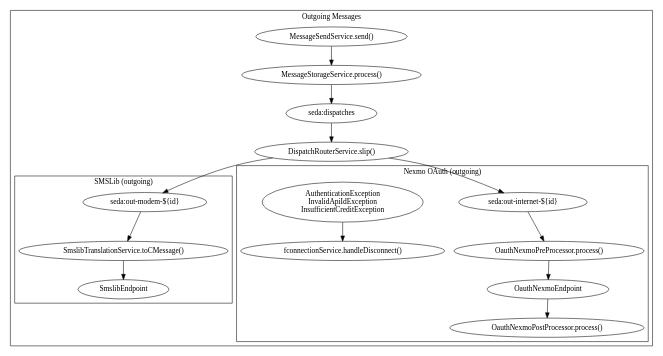
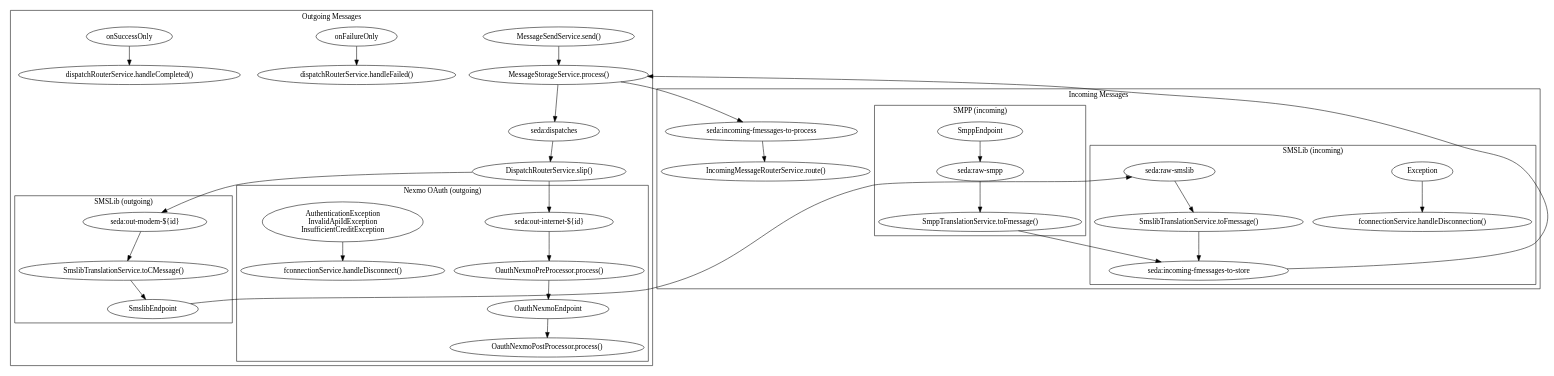
The diagram in plugins/frontlinesms-core/asdf/routes.dot (frontlinesms/frontlinesms2), drawn with Graphviz before and after one commit.

Commit message:
Added incoming routes.

```diff
--- a/plugins/frontlinesms-core/asdf/routes.dot
+++ b/plugins/frontlinesms-core/asdf/routes.dot
@@ -1,36 +1,71 @@
 digraph {
 	handle_disconnect[label="fconnectionService.handleDisconnect()"]
+	smslib_disconnect[label="fconnectionService.handleDisconnection()"]
+	smslib_endpoint[label="SmslibEndpoint"]
+	smpp_endpoint[label="SmppEndpoint"]
+	fmessage_storage[label="MessageStorageService.process()"]
 	subgraph cluster_outgoing {
 		label="Outgoing Messages"
 		a[label="MessageSendService.send()"]
-		b[label="MessageStorageService.process()"]
 		c[label="seda:dispatches"]
 		router[label="DispatchRouterService.slip()"]
 		modem_out[label="seda:out-modem-${id}"]
 		internet_out[label="seda:out-internet-${id}"]
-		subgraph cluster_smslib {
+		out_failuer[label="onFailureOnly"]
+		out_failure_handler[label="dispatchRouterService.handleFailed()"]
+		out_success[label="onSuccessOnly"]
+		out_success_handler[label="dispatchRouterService.handleCompleted()"]
+		subgraph cluster_smslib_out {
 			label="SMSLib (outgoing)"
 			modem_out
 			smslib_translate[label="SmslibTranslationService.toCMessage()"]
-			smslib_endpoint[label="SmslibEndpoint"]
 			modem_out -> smslib_translate
 			smslib_translate -> smslib_endpoint
 		}
-		subgraph cluster_nexmo_oauth {
+		subgraph cluster_nexmo_oauth_out {
 			label="Nexmo OAuth (outgoing)"
 			nexmo_oauth_pre[label="OauthNexmoPreProcessor.process()"]
 			nexmo_oauth_post[label="OauthNexmoPostProcessor.process()"]
 			nexmo_oauth_endpoint[label="OauthNexmoEndpoint"]
 			error_handler[label="AuthenticationException\nInvalidApiIdException\nInsufficientCreditException"]
 			internet_out -> nexmo_oauth_pre
 			nexmo_oauth_pre -> nexmo_oauth_endpoint
 			nexmo_oauth_endpoint -> nexmo_oauth_post
 			error_handler -> handle_disconnect
 		}
-		a -> b
-		b -> c
+		a -> fmessage_storage
+		fmessage_storage -> c
 		c -> router
 		router -> modem_out
 		router -> internet_out
+		out_failuer -> out_failure_handler
+		out_success -> out_success_handler
+	}
+	subgraph cluster_incoming {
+		label="Incoming Messages"
+		in_store_queue[label="seda:incoming-fmessages-to-store"]
+		in_process_queue[label="seda:incoming-fmessages-to-process"]
+		in_router[label="IncomingMessageRouterService.route()"]
+		subgraph cluster_smslib_in {
+			label="SMSLib (incoming)"
+			smslib_in[label="seda:raw-smslib"]
+			smslib_in_exception[label="Exception"]
+			smslib_in_translate[label="SmslibTranslationService.toFmessage()"]
+			smslib_in_exception -> smslib_disconnect
+			smslib_endpoint -> smslib_in
+			smslib_in -> smslib_in_translate
+			smslib_in_translate -> in_store_queue
+		}
+		subgraph cluster_smpp_in {
+			label="SMPP (incoming)"
+			smpp_in[label="seda:raw-smpp"]
+			smpp_in_translate[label="SmppTranslationService.toFmessage()"]
+			smpp_endpoint -> smpp_in
+			smpp_in -> smpp_in_translate
+			smpp_in_translate -> in_store_queue
+		}
+		in_store_queue -> fmessage_storage
+		fmessage_storage -> in_process_queue
+		in_process_queue -> in_router
 	}
 }
```
